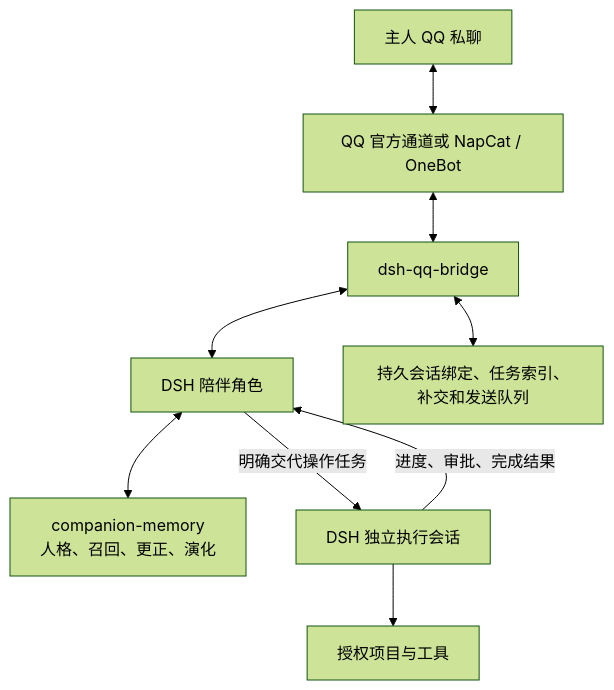
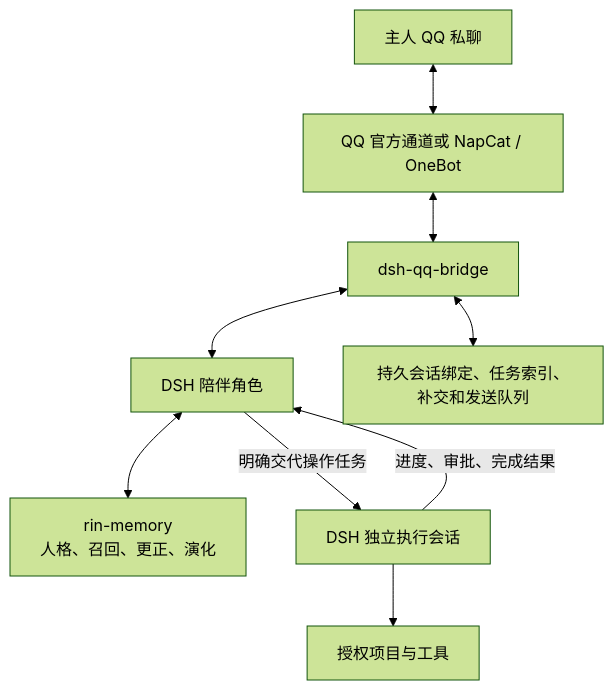
The diagram in docs/server-qq-dsh-plan.md (lxl8182/companion-memory), drawn with Mermaid (forest theme) before and after one commit. The commit also changed other lines of this file and 170 other files, not shown here.

Commit message:
统一 rin_memory 导入命名及本机目录和启动路径

````diff
--- a/docs/server-qq-dsh-plan.md
+++ b/docs/server-qq-dsh-plan.md
@@ -17,11 +17,11 @@
 ```mermaid
 flowchart TD
     U[主人 QQ 私聊] <--> Q[QQ 官方通道或 NapCat / OneBot]
     Q <--> B[dsh-qq-bridge]
     B <--> C[DSH 陪伴角色]
-    C <--> M[companion-memory\n人格、召回、更正、演化]
+    C <--> M[rin-memory\n人格、召回、更正、演化]
     C -->|明确交代操作任务| E[DSH 独立执行会话]
     E --> W[授权项目与工具]
     E -->|进度、审批、完成结果| C
     B <--> S[持久会话绑定、任务索引、补交和发送队列]
 ```
````
